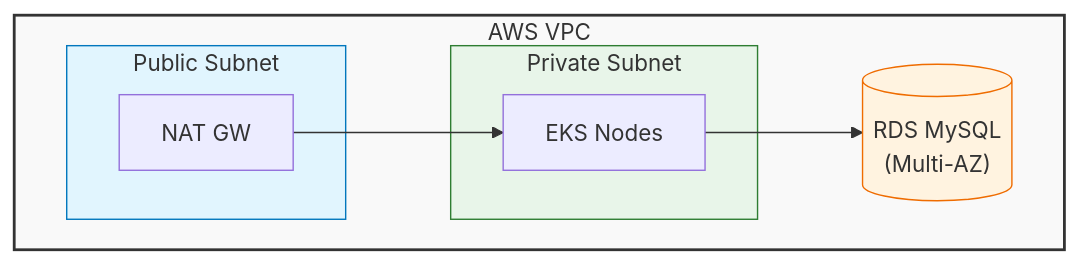
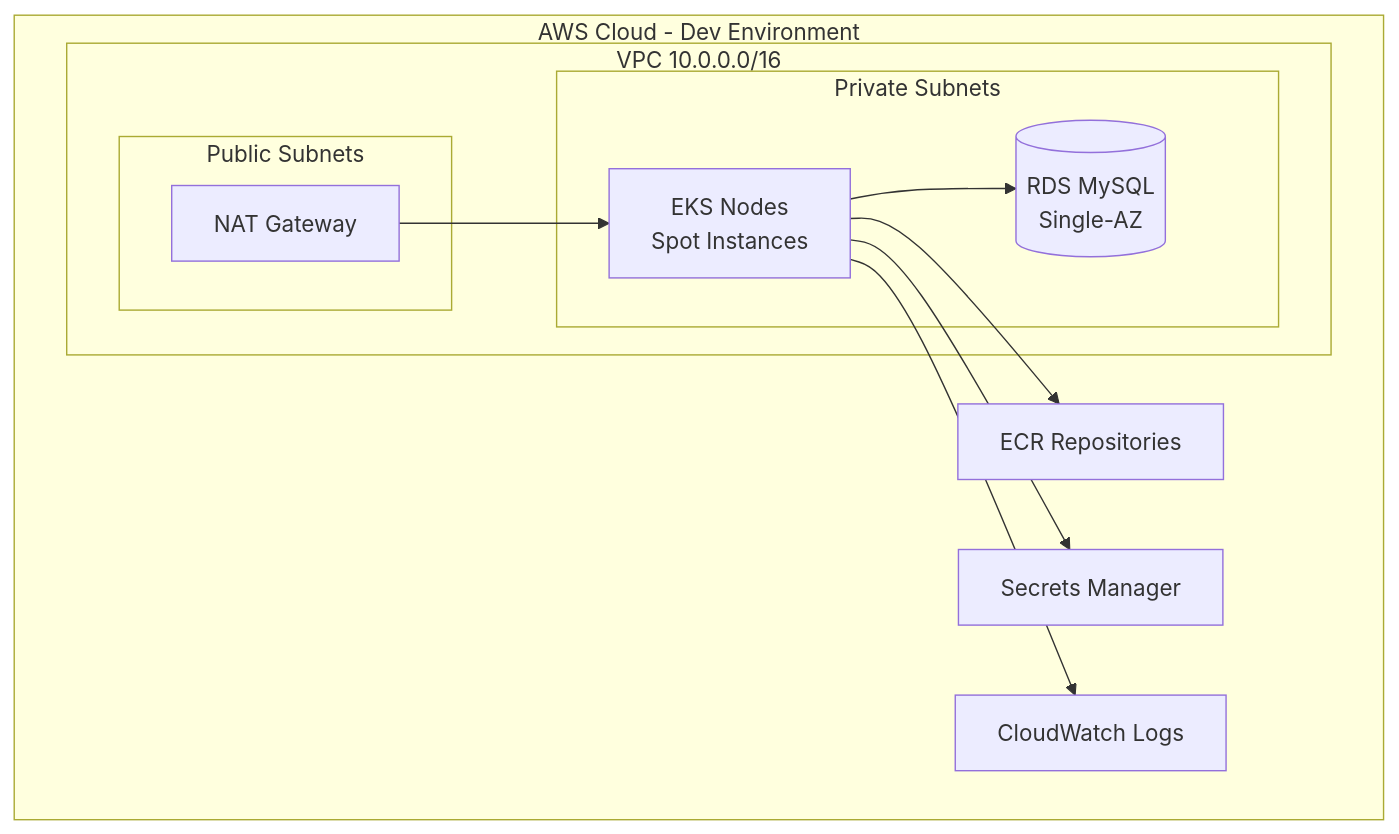
Before and after one commit to Ganil151/Devops: the diagram in 05-labs/play-ground/microservices/spring-petclinic-microservices/terraform/RUNBOOK_AWS_DEPLOY.md, drawn with Mermaid. The commit also changed other lines of this file, not shown here.

First line of the commit message:
docs(Devops): Update RUNBOOK_AWS_DEPLOY.md

````diff
--- a/05-labs/play-ground/microservices/spring-petclinic-microservices/terraform/RUNBOOK_AWS_DEPLOY.md
+++ b/05-labs/play-ground/microservices/spring-petclinic-microservices/terraform/RUNBOOK_AWS_DEPLOY.md
@@ -162,18 +172,23 @@
 ```mermaid
-graph TD
-    subgraph VPC [AWS VPC]
-        subgraph Public [Public Subnet]
-            NAT[NAT GW]
+graph TB
+    subgraph "AWS Cloud - Dev Environment"
+        subgraph "VPC 10.0.0.0/16"
+            subgraph "Public Subnets"
+                NAT[NAT Gateway]
+            end
+            subgraph "Private Subnets"
+                EKS[EKS Nodes<br/>Spot Instances]
+                RDS[(RDS MySQL<br/>Single-AZ)]
+            end
         end
-        subgraph Private [Private Subnet]
-            EKS[EKS Nodes]
-        end
-        RDS[("RDS MySQL<br>(Multi-AZ)")]
-        NAT --> EKS
-        EKS --> RDS
+        ECR[ECR Repositories]
+        Secrets[Secrets Manager]
+        CloudWatch[CloudWatch Logs]
     end
-    style VPC fill:#f9f9f9,stroke:#333,stroke-width:2px
-    style Public fill:#e1f5fe,stroke:#0277bd
-    style Private fill:#e8f5e9,stroke:#2e7d32
-    style RDS fill:#fff3e0,stroke:#ef6c00
+    
+    NAT --> EKS
+    EKS --> RDS
+    EKS --> ECR
+    EKS --> Secrets
+    EKS --> CloudWatch
 ```
````
